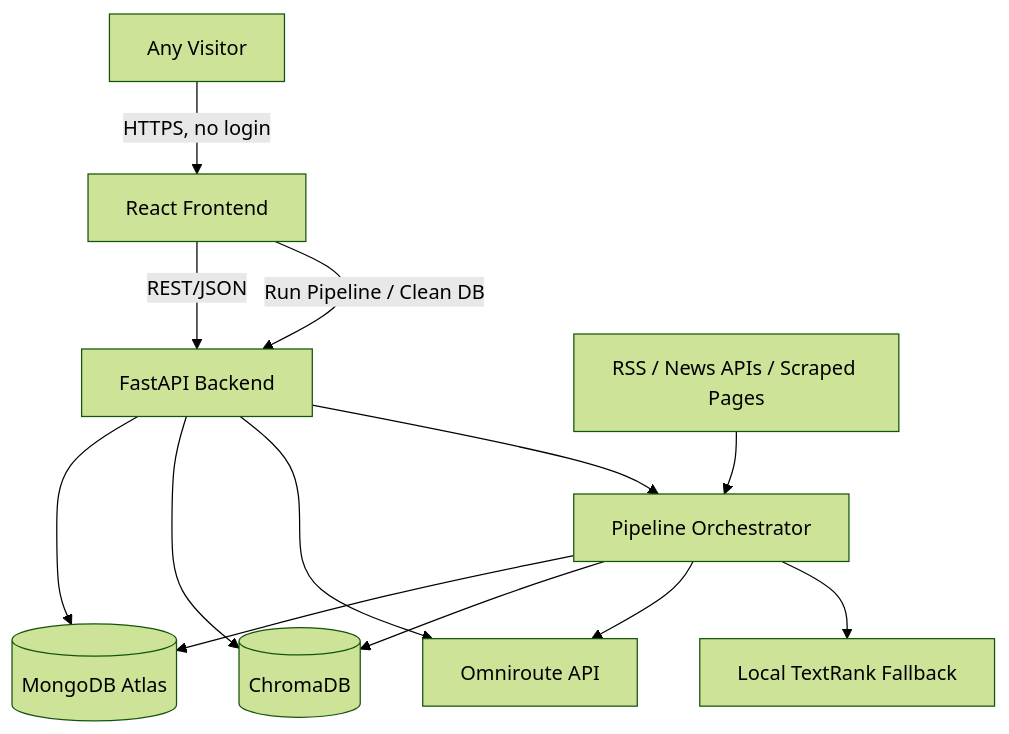
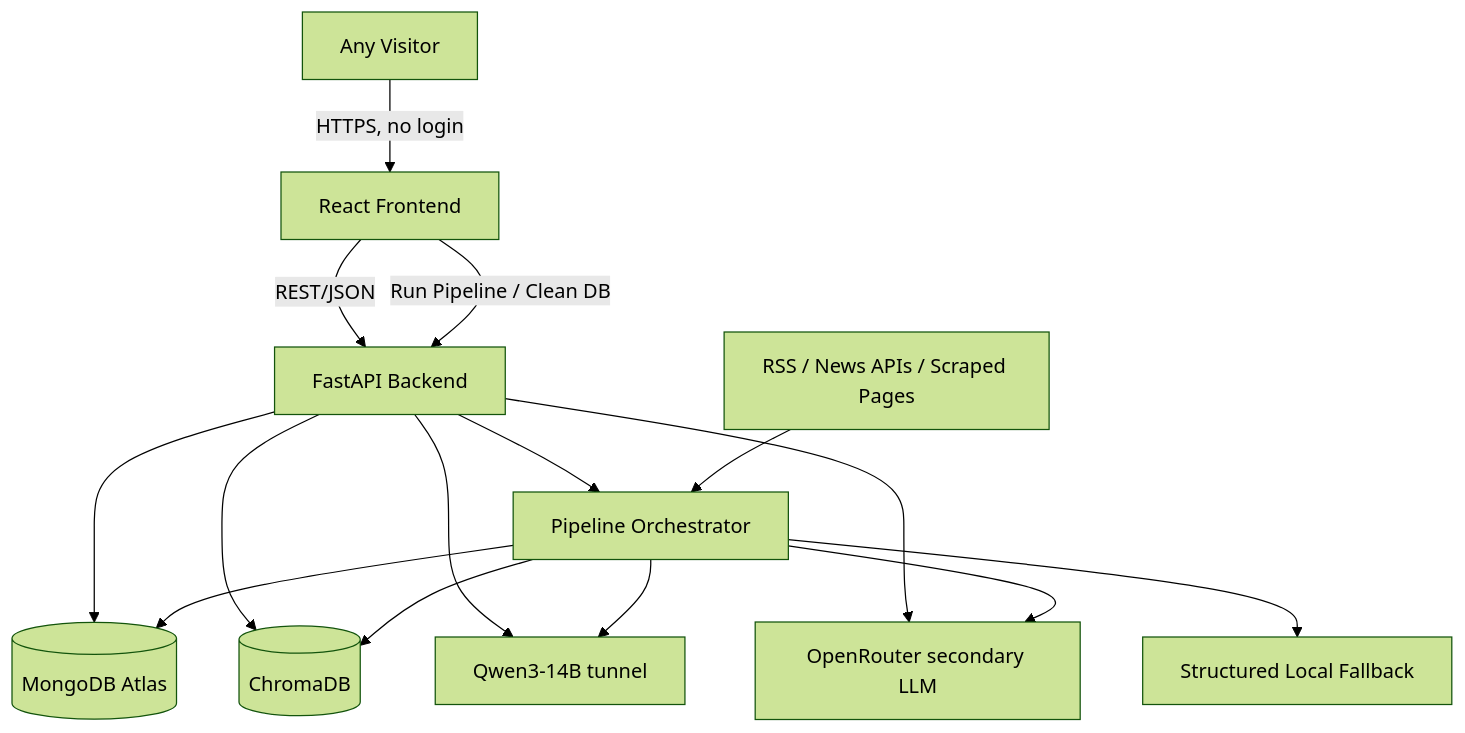
One commit to Charanraju360/military-v2 changed the diagram in docs/05-system-architecture.md. Above: the diagram before and after it, drawn with Mermaid (forest theme). The commit also changed other lines of this file and 45 other files, not shown here.

Commit message:
feat: complete OSINT-EIP redesign with hybrid clustering, LLM client, and Florida Man API

````diff
--- a/docs/05-system-architecture.md
+++ b/docs/05-system-architecture.md
@@ -23,15 +23,17 @@
 ```mermaid
 flowchart TD
     U[Any Visitor] -->|HTTPS, no login| FE[React Frontend]
     FE -->|REST/JSON| API[FastAPI Backend]
     API --> ATLAS[(MongoDB Atlas)]
     API --> VEC[(ChromaDB)]
-    API --> OMNI[Omniroute API]
+    API --> QWEN[Qwen3-14B tunnel]
+    API --> OR[OpenRouter secondary LLM]
     FE -->|Run Pipeline / Clean DB| API
     API --> PIPE[Pipeline Orchestrator]
     PIPE --> ATLAS
     PIPE --> VEC
-    PIPE --> OMNI
-    PIPE --> TR[Local TextRank Fallback]
+    PIPE --> QWEN
+    PIPE --> OR
+    PIPE --> SF[Structured Local Fallback]
     SRC[RSS / News APIs / Scraped Pages] --> PIPE
 ```
````
